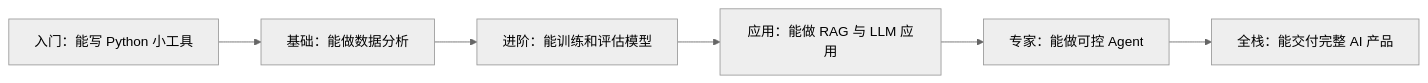
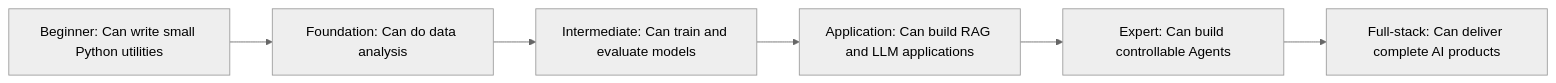
One commit to oudbiao/AI-fullstack-course changed the diagram in docs/intro/milestones.md. Above: the diagram before and after it, drawn with Mermaid (neutral theme). The commit also changed other lines of this file and 1406 other files, not shown here.

````diff
--- a/docs/intro/milestones.md
+++ b/docs/intro/milestones.md
@@ -17,8 +17,8 @@
 ```mermaid
 flowchart LR
-  A["入门：能写 Python 小工具"] --> B["基础：能做数据分析"]
-  B --> C["进阶：能训练和评估模型"]
-  C --> D["应用：能做 RAG 与 LLM 应用"]
-  D --> E["专家：能做可控 Agent"]
-  E --> F["全栈：能交付完整 AI 产品"]
+  A["Beginner: Can write small Python utilities"] --> B["Foundation: Can do data analysis"]
+  B --> C["Intermediate: Can train and evaluate models"]
+  C --> D["Application: Can build RAG and LLM applications"]
+  D --> E["Expert: Can build controllable Agents"]
+  E --> F["Full-stack: Can deliver complete AI products"]
 ```
````
